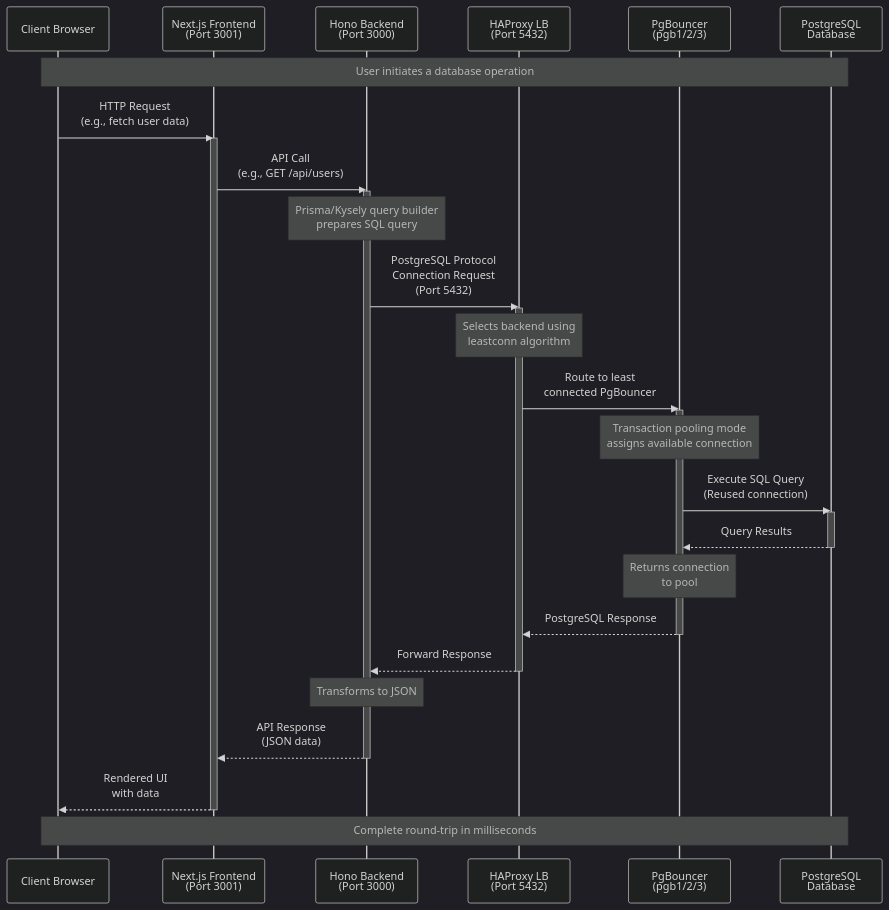
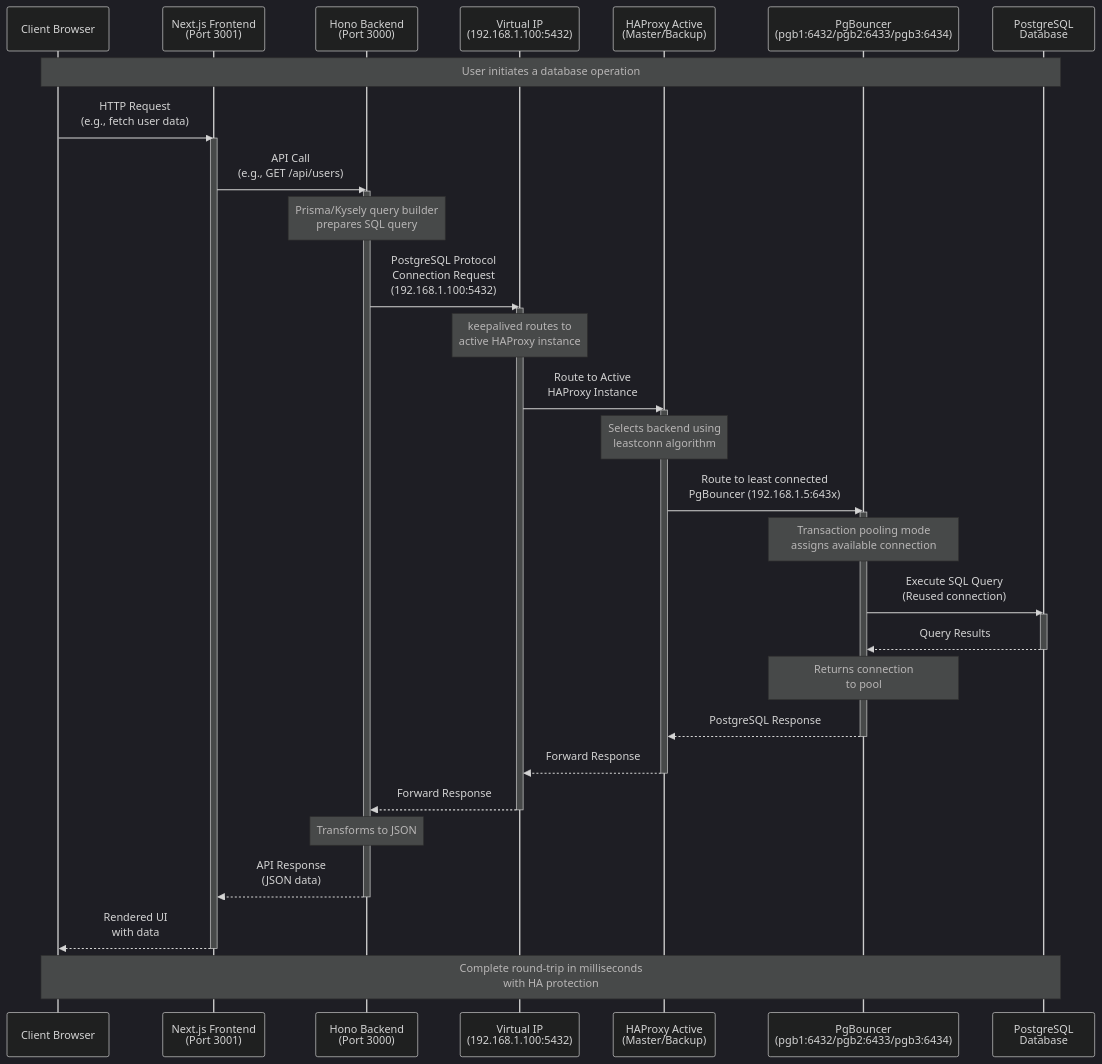
Before and after one commit to RutamBhagat/haproxy: the first of 4 diagrams in apps/server/docs/sequence-diagram.md, drawn with Mermaid (dark theme). The commit also changed other lines of this file, not shown here.

Commit message:
refactor: update sequence diagrams for HAProxy and PgBouncer with VIP routing and health monitoring

````diff
--- a/apps/server/docs/sequence-diagram.md
+++ b/apps/server/docs/sequence-diagram.md
@@ -3,53 +3,62 @@
 ```mermaid
 sequenceDiagram
     participant Client as Client Browser
     participant Next as Next.js Frontend<br/>(Port 3001)
     participant Hono as Hono Backend<br/>(Port 3000)
-    participant HAProxy as HAProxy LB<br/>(Port 5432)
-    participant PGB as PgBouncer<br/>(pgb1/2/3)
+    participant VIP as Virtual IP<br/>(192.168.1.100:5432)
+    participant HAProxy as HAProxy Active<br/>(Master/Backup)
+    participant PGB as PgBouncer<br/>(pgb1:6432/pgb2:6433/pgb3:6434)
     participant DB as PostgreSQL<br/>Database
 
     Note over Client,DB: User initiates a database operation
 
     Client->>Next: HTTP Request<br/>(e.g., fetch user data)
     activate Next
     
     Next->>Hono: API Call<br/>(e.g., GET /api/users)
     activate Hono
     
     Note over Hono: Prisma/Kysely query builder<br/>prepares SQL query
 
-    Hono->>HAProxy: PostgreSQL Protocol<br/>Connection Request<br/>(Port 5432)
+    Hono->>VIP: PostgreSQL Protocol<br/>Connection Request<br/>(192.168.1.100:5432)
+    activate VIP
+    
+    Note over VIP: keepalived routes to<br/>active HAProxy instance
+
+    VIP->>HAProxy: Route to Active<br/>HAProxy Instance
     activate HAProxy
     
     Note over HAProxy: Selects backend using<br/>leastconn algorithm
 
-    HAProxy->>PGB: Route to least<br/>connected PgBouncer
+    HAProxy->>PGB: Route to least connected<br/>PgBouncer (192.168.1.5:643x)
     activate PGB
     
     Note over PGB: Transaction pooling mode<br/>assigns available connection
 
     PGB->>DB: Execute SQL Query<br/>(Reused connection)
     activate DB
     
     DB-->>PGB: Query Results
     deactivate DB
     
     Note over PGB: Returns connection<br/>to pool
 
     PGB-->>HAProxy: PostgreSQL Response
     deactivate PGB
     
-    HAProxy-->>Hono: Forward Response
+    HAProxy-->>VIP: Forward Response
     deactivate HAProxy
+    
+    VIP-->>Hono: Forward Response
+    deactivate VIP
     
     Note over Hono: Transforms to JSON
 
     Hono-->>Next: API Response<br/>(JSON data)
     deactivate Hono
     
     Next-->>Client: Rendered UI<br/>with data
     deactivate Next
 
-    Note over Client,DB: Complete round-trip in milliseconds
+    Note over Client,DB: Complete round-trip in milliseconds<br/>with HA protection
 ```
````
